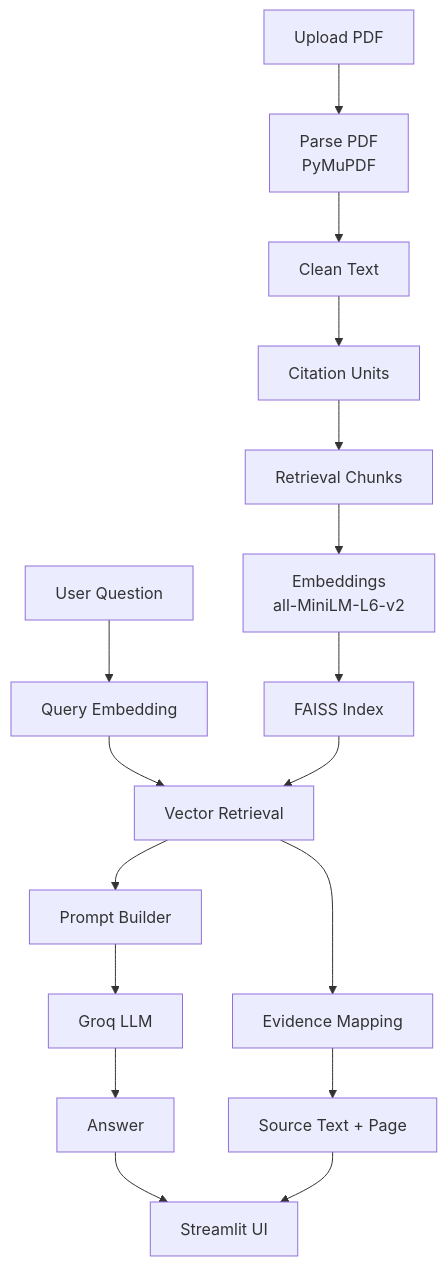
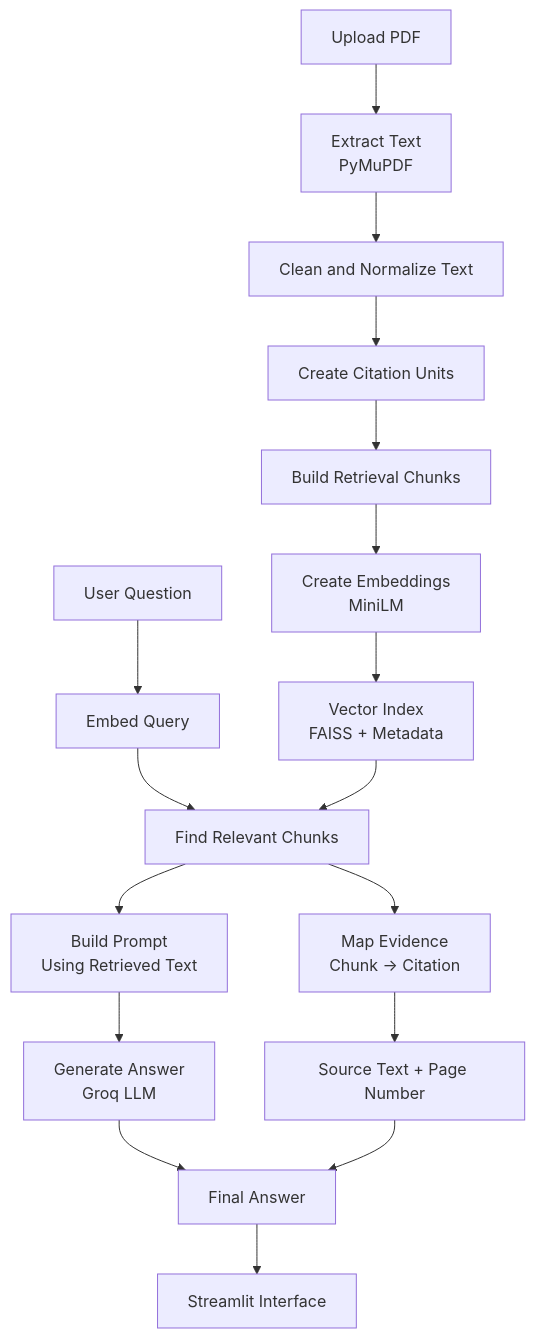
One commit to KAIFNADAF/poppulo-pdf-rag changed the diagram in README.md. Above: the diagram before and after it, drawn with Mermaid. The commit also changed other lines of this file, not shown here.

````diff
--- a/README.md
+++ b/README.md
@@ -52,28 +54,28 @@
 ```mermaid
 flowchart TD
 
-A[Upload PDF] --> B[Parse PDF<br>PyMuPDF]
-B --> C[Clean Text]
-C --> D[Citation Units]
+A[Upload PDF] --> B[Extract Text<br>PyMuPDF]
+B --> C[Clean and Normalize Text]
+C --> D[Create Citation Units]
 
-D --> E[Retrieval Chunks]
-E --> F[Embeddings<br>all-MiniLM-L6-v2]
-F --> G[FAISS Index]
+D --> E[Build Retrieval Chunks]
+E --> F[Create Embeddings<br>MiniLM]
+F --> G[Vector Index<br>FAISS + Metadata]
 
-H[User Question] --> I[Query Embedding]
-I --> J[Vector Retrieval]
+H[User Question] --> I[Embed Query]
+I --> J[Find Relevant Chunks]
 
 G --> J
 
-J --> K[Prompt Builder]
-K --> L[Groq LLM]
+J --> K[Build Prompt<br>Using Retrieved Text]
+K --> L[Generate Answer<br>Groq LLM]
 
-L --> M[Answer]
+J --> M[Map Evidence<br>Chunk → Citation]
+M --> N[Source Text + Page Number]
 
-J --> N[Evidence Mapping]
-N --> O[Source Text + Page]
+L --> O[Final Answer]
+N --> O
 
-M --> P[Streamlit UI]
-O --> P
+O --> P[Streamlit Interface]
 
 ```
````
